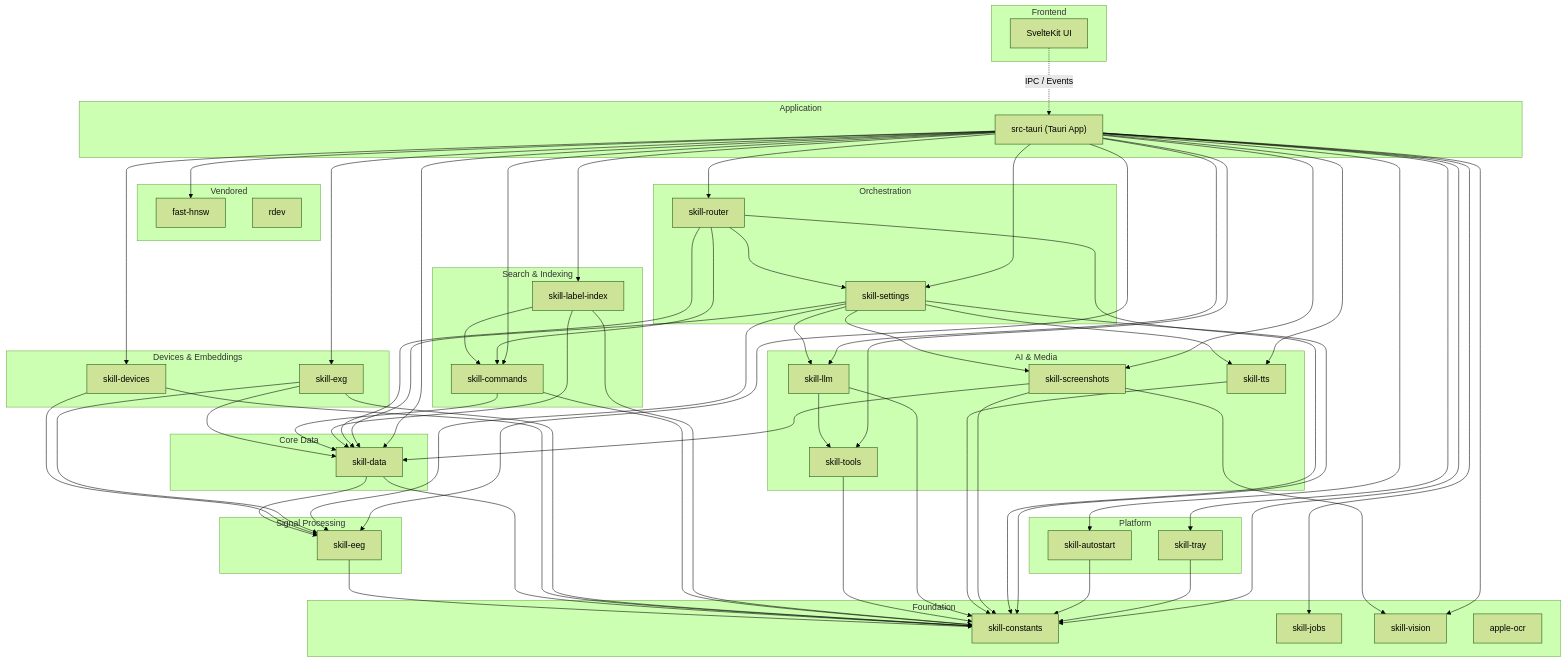
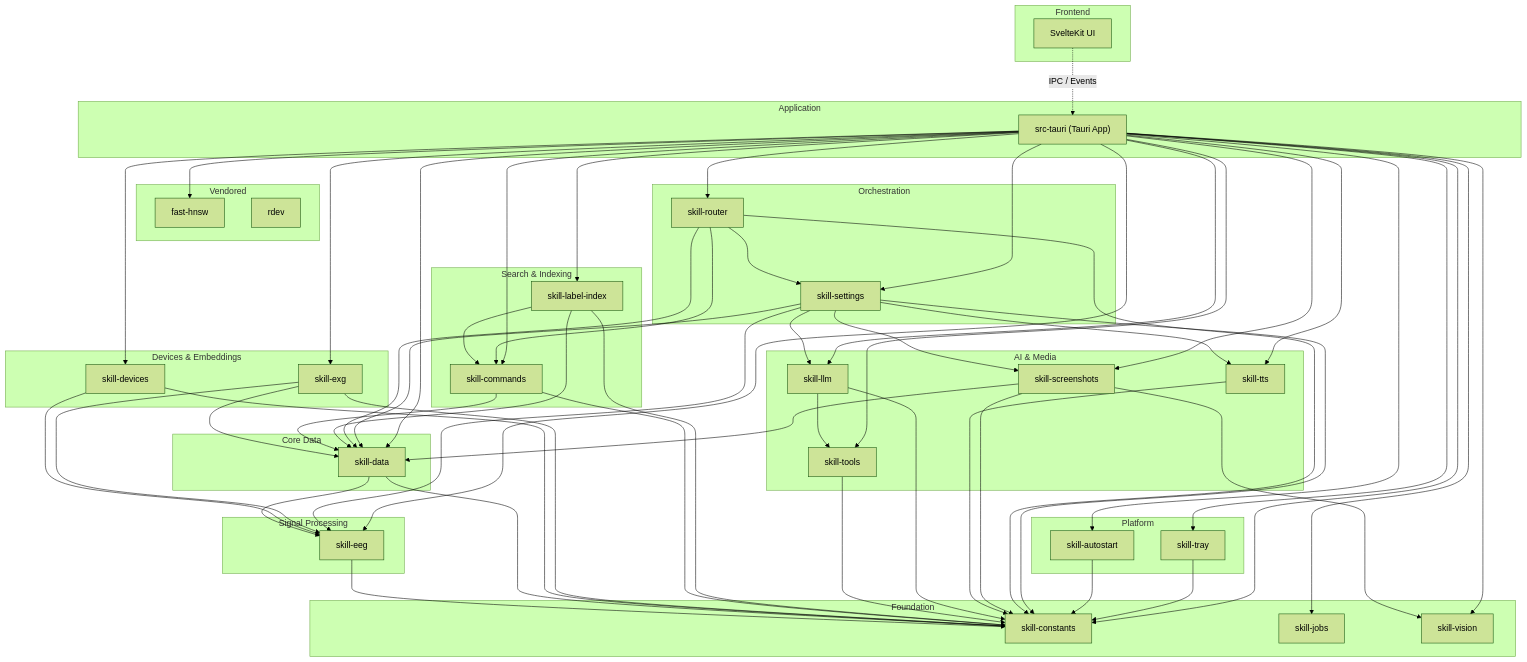
Before and after one commit to NeuroSkill-com/skill: the diagram in README.md, drawn with Mermaid (forest theme). The commit also changed 25 other files, not shown here.

```diff
--- a/README.md
+++ b/README.md
@@ -94,7 +94,6 @@
         skill-constants
         skill-jobs
         skill-vision
-        apple-ocr
     end
 
     subgraph Signal Processing
```
